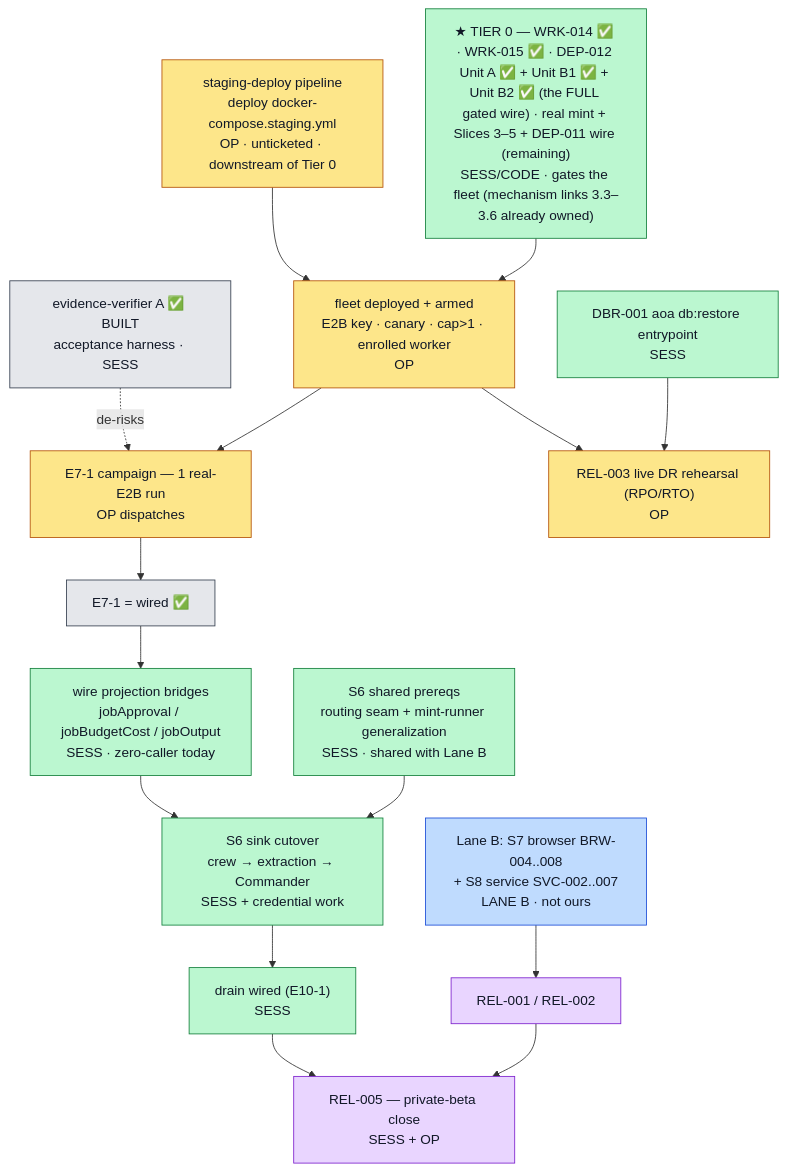
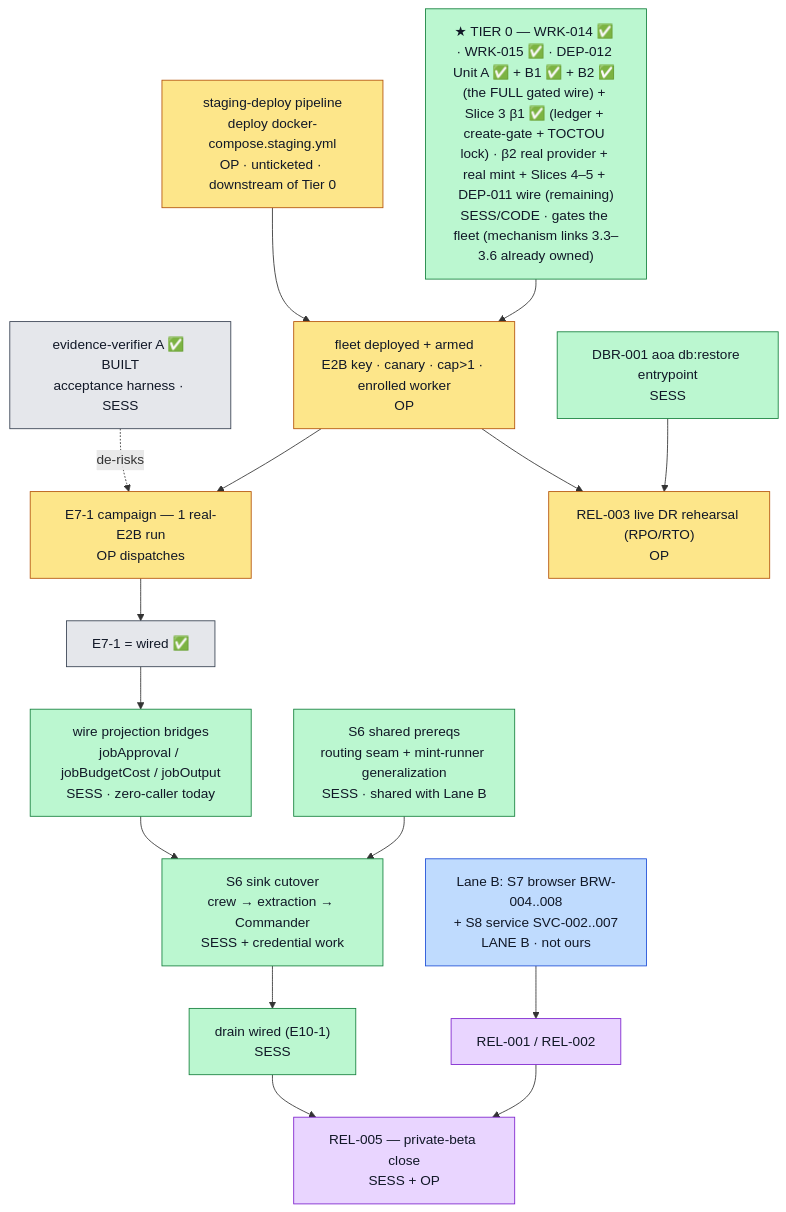
One commit to MeteoriteLabs/AoA changed the diagram in docs/replatform/GO-BOOK.md. Above: the diagram before and after it, drawn with Mermaid. The commit also changed other lines of this file and 15 other files, not shown here.

First line of the commit message:
feat(DEP-012): Slice 3 · Wave β1 — durable idempotency ledger + create-gating + TOCTOU lock + 5-agent review

````diff
--- a/docs/replatform/GO-BOOK.md
+++ b/docs/replatform/GO-BOOK.md
@@ -200,34 +216,34 @@
 ```mermaid
 flowchart TD
   V["evidence-verifier A ✅ BUILT<br/>acceptance harness · SESS"]:::done
   C0["staging-deploy pipeline<br/>deploy docker-compose.staging.yml<br/>OP · unticketed · downstream of Tier 0"]:::op
-  D11["★ TIER 0 — WRK-014 ✅ · WRK-015 ✅ · DEP-012 Unit A ✅ + Unit B1 ✅ + Unit B2 ✅ (the FULL gated wire) · real mint + Slices 3–5 + DEP-011 wire (remaining)<br/>SESS/CODE · gates the fleet (mechanism links 3.3–3.6 already owned)"]:::sess
+  D11["★ TIER 0 — WRK-014 ✅ · WRK-015 ✅ · DEP-012 Unit A ✅ + B1 ✅ + B2 ✅ (the FULL gated wire) + Slice 3 β1 ✅ (ledger + create-gate + TOCTOU lock) · β2 real provider + real mint + Slices 4–5 + DEP-011 wire (remaining)<br/>SESS/CODE · gates the fleet (mechanism links 3.3–3.6 already owned)"]:::sess
   C2["fleet deployed + armed<br/>E2B key · canary · cap&gt;1 · enrolled worker<br/>OP"]:::op
   C3["E7-1 campaign — 1 real-E2B run<br/>OP dispatches"]:::op
   CW["E7-1 = wired ✅"]:::done
   BR["wire projection bridges<br/>jobApproval / jobBudgetCost / jobOutput<br/>SESS · zero-caller today"]:::sess
   RT["S6 shared prereqs<br/>routing seam + mint-runner generalization<br/>SESS · shared with Lane B"]:::sess
   SK["S6 sink cutover<br/>crew → extraction → Commander<br/>SESS + credential work"]:::sess
   DR["drain wired (E10-1)<br/>SESS"]:::sess
   R5["REL-005 — private-beta close<br/>SESS + OP"]:::mix
   LB["Lane B: S7 browser BRW-004..008<br/>+ S8 service SVC-002..007<br/>LANE B · not ours"]:::laneb
   R1["REL-001 / REL-002"]:::mix
   DBR["DBR-001 aoa db:restore entrypoint<br/>SESS"]:::sess
   R3["REL-003 live DR rehearsal (RPO/RTO)<br/>OP"]:::op
 
   V -.->|de-risks| C3
   C0 --> C2
   D11 --> C2
   C2 --> C3 --> CW --> BR --> SK
   RT --> SK
   SK --> DR --> R5
   LB --> R1 --> R5
   DBR --> R3
   C2 --> R3
 
   classDef op fill:#fde68a,stroke:#b45309,color:#111827;
   classDef sess fill:#bbf7d0,stroke:#15803d,color:#111827;
   classDef laneb fill:#bfdbfe,stroke:#1d4ed8,color:#111827;
   classDef done fill:#e5e7eb,stroke:#374151,color:#111827;
   classDef mix fill:#e9d5ff,stroke:#7e22ce,color:#111827;
 ```
````
